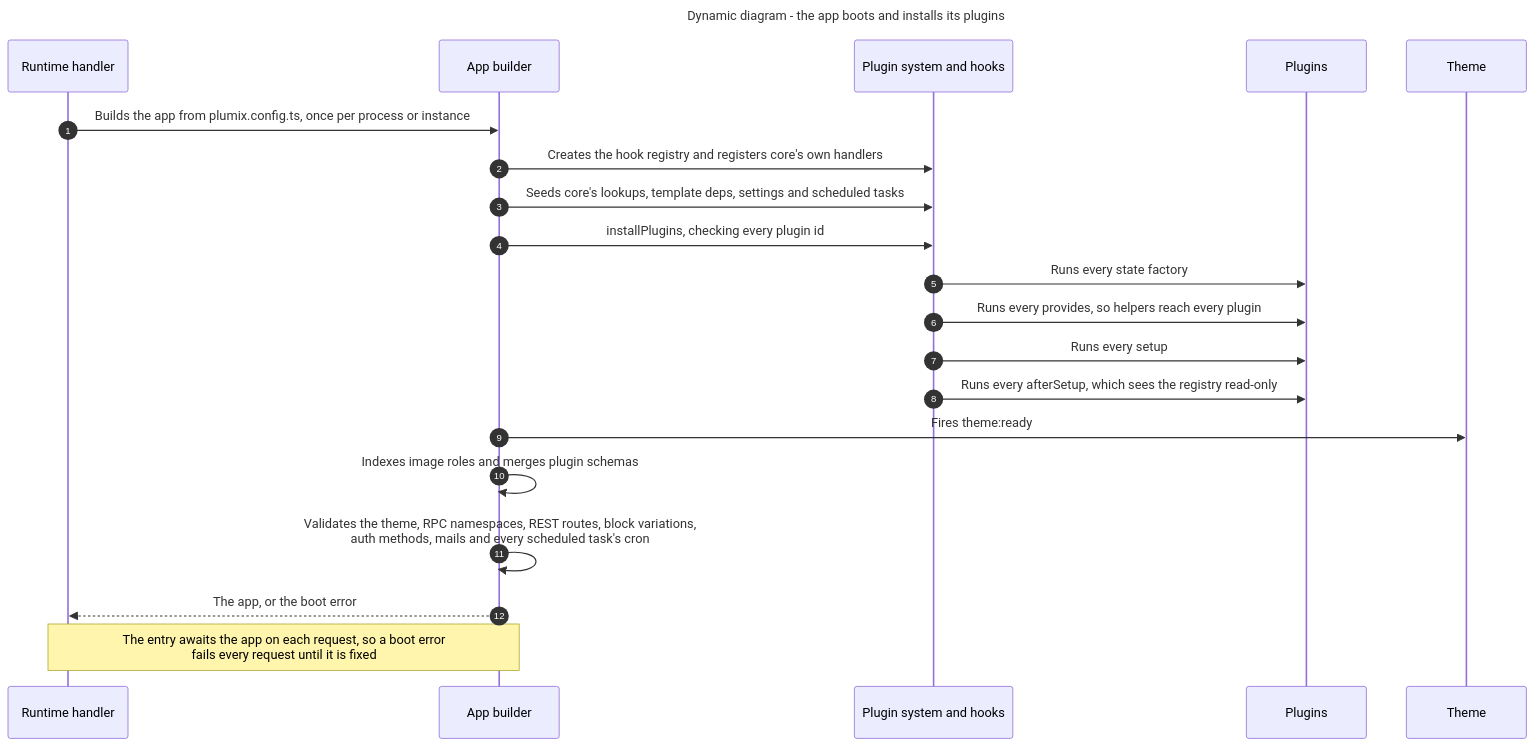
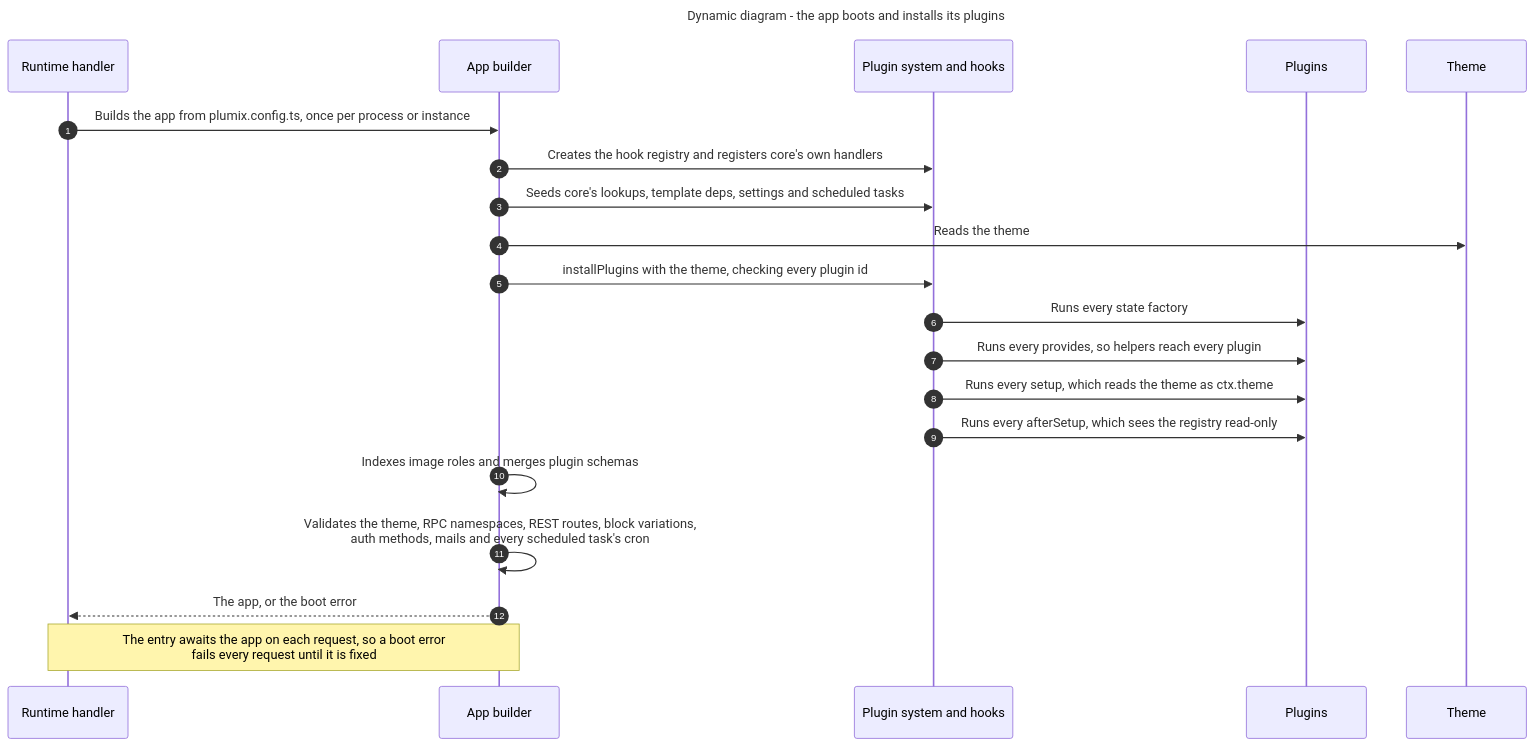
The eighth of 12 diagrams in ARCHITECTURE.md (withplumix/plumix), drawn with Mermaid before and after one commit. The commit also changed other lines of this file and 21 other files, not shown here.

First line of the commit message:
feat(core): hand plugins the theme as ctx.theme instead of theme:ready

````diff
--- a/ARCHITECTURE.md
+++ b/ARCHITECTURE.md
@@ -587,25 +587,25 @@
 ```mermaid
 ---
 title: Dynamic diagram - the app boots and installs its plugins
 ---
 sequenceDiagram
   autonumber
   participant E as Runtime handler
   participant B as App builder
   participant PS as Plugin system and hooks
   participant P as Plugins
   participant T as Theme
   E->>B: Builds the app from plumix.config.ts, once per process or instance
   B->>PS: Creates the hook registry and registers core's own handlers
   B->>PS: Seeds core's lookups, template deps, settings and scheduled tasks
-  B->>PS: installPlugins, checking every plugin id
+  B->>T: Reads the theme
+  B->>PS: installPlugins with the theme, checking every plugin id
   PS->>P: Runs every state factory
   PS->>P: Runs every provides, so helpers reach every plugin
-  PS->>P: Runs every setup
+  PS->>P: Runs every setup, which reads the theme as ctx.theme
   PS->>P: Runs every afterSetup, which sees the registry read-only
-  B->>T: Fires theme:ready
   B->>B: Indexes image roles and merges plugin schemas
   B->>B: Validates the theme, RPC namespaces, REST routes, block variations,<br/>auth methods, mails and every scheduled task's cron
   B-->>E: The app, or the boot error
   Note over E,B: The entry awaits the app on each request, so a boot error<br/>fails every request until it is fixed
 ```
````
